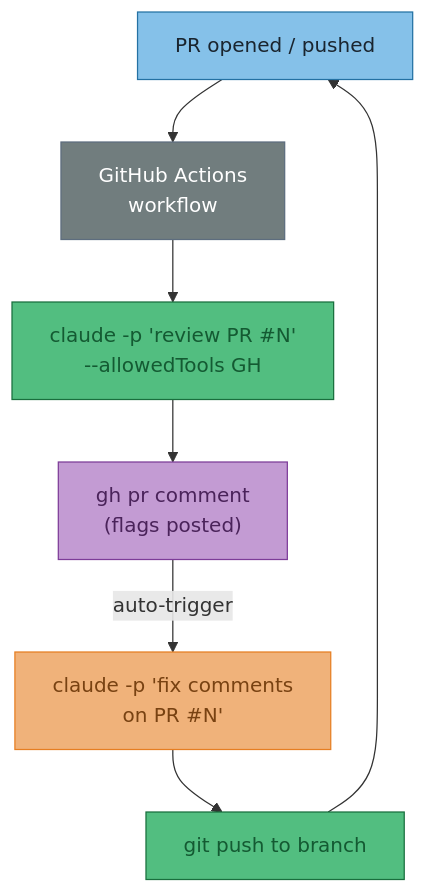
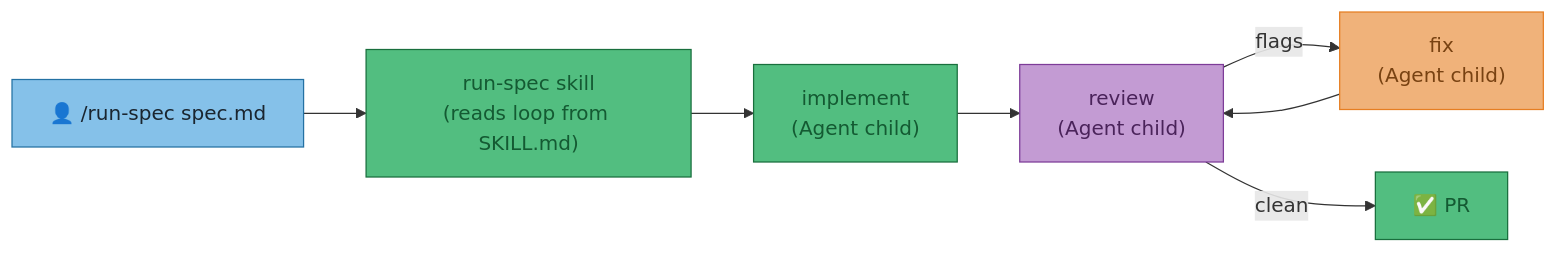
One commit to joeledwardson/dev-setup changed the third of 5 diagrams in docs/appendix/adr/001-claude-code-orchestration.md. Above: the diagram before and after it, drawn with Mermaid. The commit also changed other lines of this file and 1 other file, not shown here.

````diff
--- a/docs/appendix/adr/001-claude-code-orchestration.md
+++ b/docs/appendix/adr/001-claude-code-orchestration.md
@@ -110,19 +81,19 @@
 ```mermaid
-flowchart TD
-    PR["PR opened / pushed"]
-    GHA["GitHub Actions\nworkflow"]
-    CC["claude -p 'review PR #N'\n--allowedTools GH"]
-    COM["gh pr comment\n(flags posted)"]
-    FIX["claude -p 'fix comments\non PR #N'"]
-    PUSH["git push to branch"]
+flowchart LR
+    H["👤 /run-spec spec.md"]
+    SK["run-spec skill\n(reads loop from SKILL.md)"]
+    I["implement\n(Agent child)"]
+    R["review\n(Agent child)"]
+    FX["fix\n(Agent child)"]
 
-    PR --> GHA --> CC --> COM
-    COM -->|auto-trigger| FIX --> PUSH --> PR
+    H --> SK --> I --> R
+    R -->|flags| FX --> R
+    R -->|clean| DONE["✅ PR"]
 
-    style PR fill:#85c1e9,color:#1a252f,stroke:#2471a3
-    style GHA fill:#717d7e,color:#fff,stroke:#5d6d7e
-    style CC fill:#52be80,color:#145a32,stroke:#196f3d
-    style COM fill:#c39bd3,color:#4a235a,stroke:#7d3c98
-    style FIX fill:#f0b27a,color:#784212,stroke:#e67e22
-    style PUSH fill:#52be80,color:#145a32,stroke:#196f3d
+    style H fill:#85c1e9,color:#1a252f,stroke:#2471a3
+    style SK fill:#52be80,color:#145a32,stroke:#196f3d
+    style I fill:#52be80,color:#145a32,stroke:#196f3d
+    style R fill:#c39bd3,color:#4a235a,stroke:#7d3c98
+    style FX fill:#f0b27a,color:#784212,stroke:#e67e22
+    style DONE fill:#52be80,color:#145a32,stroke:#196f3d
 ```
````
